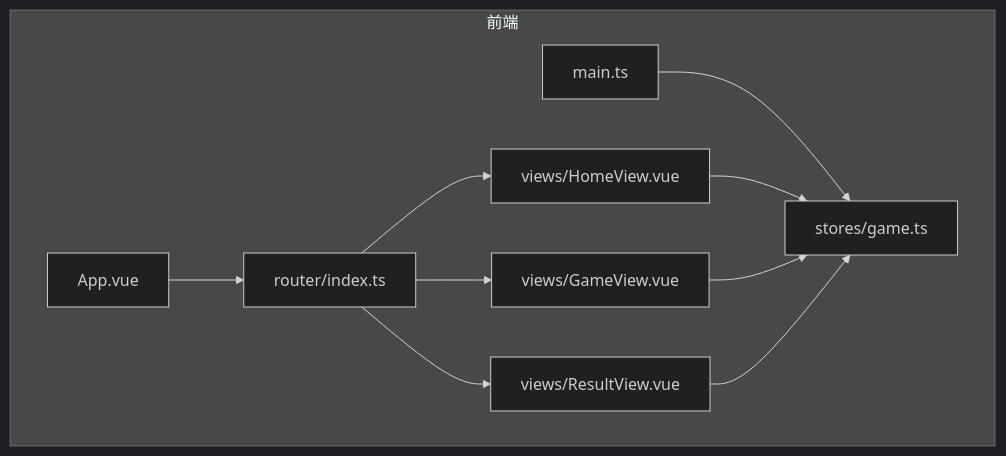
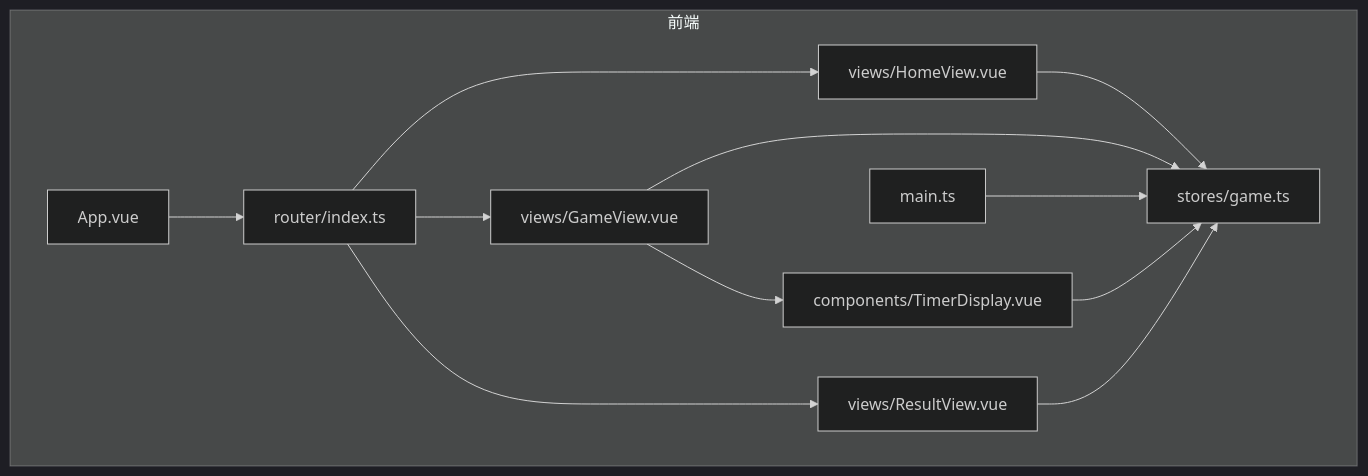
The first of 5 diagrams in .qoder/repowiki/zh/content/核心功能设计/游戏状态管理.md (iazrael/feihua-ling), drawn with Mermaid (dark theme) before and after one commit. The commit also changed other lines of this file and 23 other files, not shown here.

````diff
--- a/.qoder/repowiki/zh/content/核心功能设计/游戏状态管理.md
+++ b/.qoder/repowiki/zh/content/核心功能设计/游戏状态管理.md
@@ -31,20 +32,23 @@
 ```mermaid
 graph TB
 subgraph "前端"
 App["App.vue"]
 Router["router/index.ts"]
 Home["views/HomeView.vue"]
 Game["views/GameView.vue"]
 Result["views/ResultView.vue"]
 Store["stores/game.ts"]
+Timer["components/TimerDisplay.vue"]
 Main["main.ts"]
 end
 App --> Router
 Router --> Home
 Router --> Game
 Router --> Result
 Main --> Store
 Home --> Store
 Game --> Store
 Result --> Store
+Game --> Timer
+Timer --> Store
 ```
````
